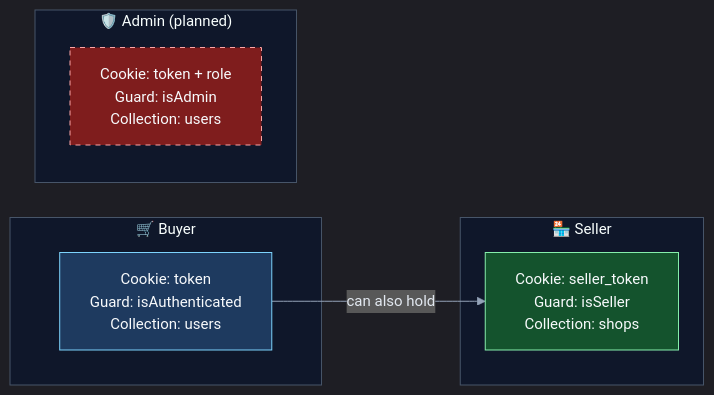
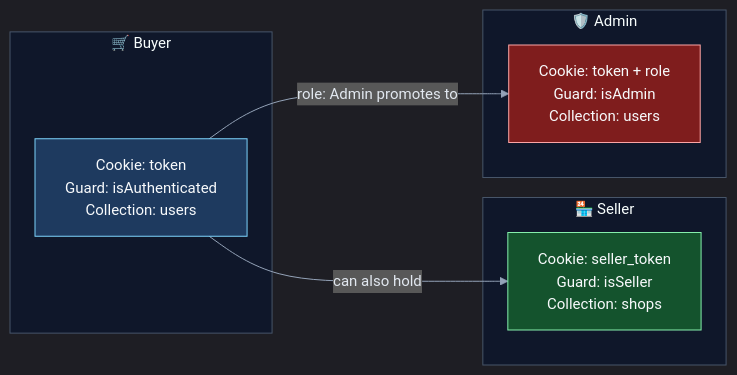
One commit to 5arimNadeem/eShop changed the second of 16 diagrams in README.md. Above: the diagram before and after it, drawn with Mermaid. The commit also changed other lines of this file and 23 other files, not shown here.

````diff
--- a/README.md
+++ b/README.md
@@ -182,17 +182,18 @@
 ```mermaid
 %%{init: {'theme':'dark','themeVariables':{'fontSize':'15px','textColor':'#e2e8f0','primaryTextColor':'#f8fafc','lineColor':'#94a3b8','clusterBkg':'#0f172a','clusterBorder':'#475569','noteBkgColor':'#334155','noteTextColor':'#f8fafc','noteBorderColor':'#94a3b8','actorBkg':'#1e293b','actorTextColor':'#f8fafc','signalTextColor':'#e2e8f0','labelBoxBkgColor':'#334155','labelTextColor':'#f8fafc','loopTextColor':'#f8fafc'}}}%%
 graph LR
     subgraph Buyer["🛒 Buyer"]
         BU["Cookie: token<br/>Guard: isAuthenticated<br/>Collection: users"]
     end
     subgraph Seller["🏪 Seller"]
         SE["Cookie: seller_token<br/>Guard: isSeller<br/>Collection: shops"]
     end
-    subgraph Admin["🛡️ Admin (planned)"]
+    subgraph Admin["🛡️ Admin"]
         AD["Cookie: token + role<br/>Guard: isAdmin<br/>Collection: users"]
     end
     BU -->|"can also hold"| SE
+    BU -->|"role: Admin promotes to"| AD
     style BU fill:#1e3a5f,stroke:#7dd3fc,color:#f8fafc
     style SE fill:#14532d,stroke:#86efac,color:#f8fafc
-    style AD fill:#7f1d1d,stroke:#fca5a5,stroke-dasharray: 5 5,color:#f8fafc
+    style AD fill:#7f1d1d,stroke:#fca5a5,color:#f8fafc
 ```
````
